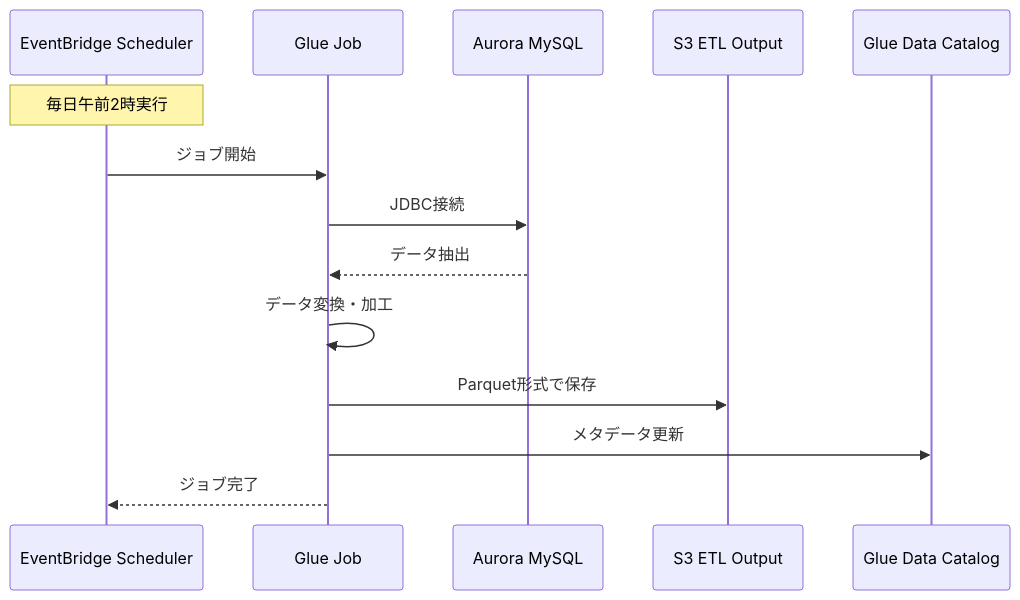
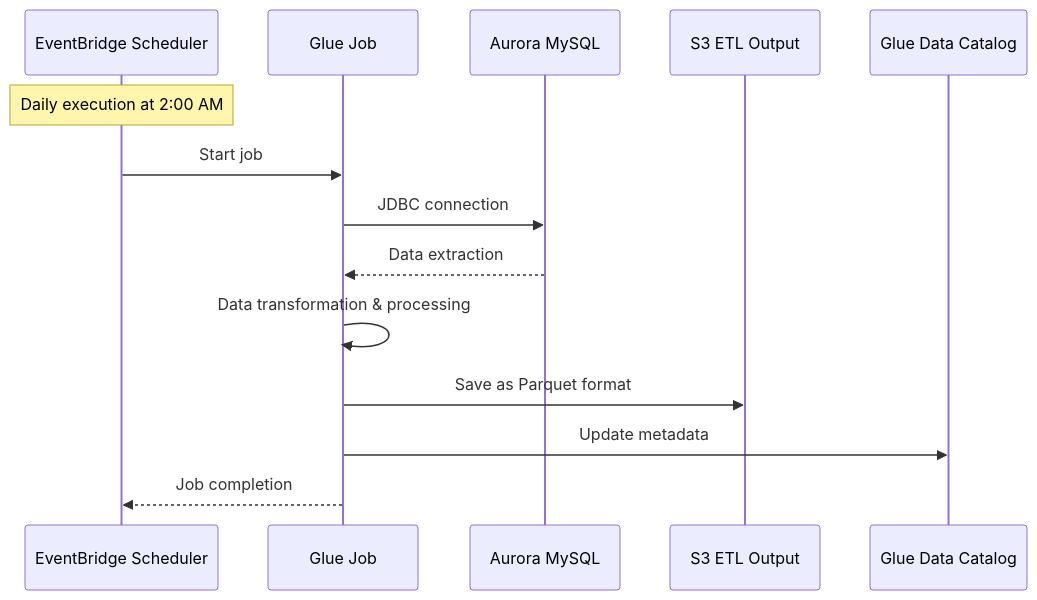
Before and after one commit to tamaco489/data_pipeline_sample: the second of 4 diagrams in docs/src/infrastructure_architecture_diagram.md, drawn with Mermaid. The commit also changed other lines of this file and 10 other files, not shown here.

````diff
--- a/docs/src/infrastructure_architecture_diagram.md
+++ b/docs/src/infrastructure_architecture_diagram.md
@@ -119,17 +119,17 @@
 ```mermaid
 sequenceDiagram
     participant Scheduler as EventBridge Scheduler
     participant GlueJob as Glue Job
     participant RDS as Aurora MySQL
     participant S3 as S3 ETL Output
     participant Catalog as Glue Data Catalog
     
-    Note over Scheduler: 毎日午前2時実行
-    Scheduler->>GlueJob: ジョブ開始
-    GlueJob->>RDS: JDBC接続
-    RDS-->>GlueJob: データ抽出
-    GlueJob->>GlueJob: データ変換・加工
-    GlueJob->>S3: Parquet形式で保存
-    GlueJob->>Catalog: メタデータ更新
-    GlueJob-->>Scheduler: ジョブ完了
+    Note over Scheduler: Daily execution at 2:00 AM
+    Scheduler->>GlueJob: Start job
+    GlueJob->>RDS: JDBC connection
+    RDS-->>GlueJob: Data extraction
+    GlueJob->>GlueJob: Data transformation & processing
+    GlueJob->>S3: Save as Parquet format
+    GlueJob->>Catalog: Update metadata
+    GlueJob-->>Scheduler: Job completion
 ```
````
